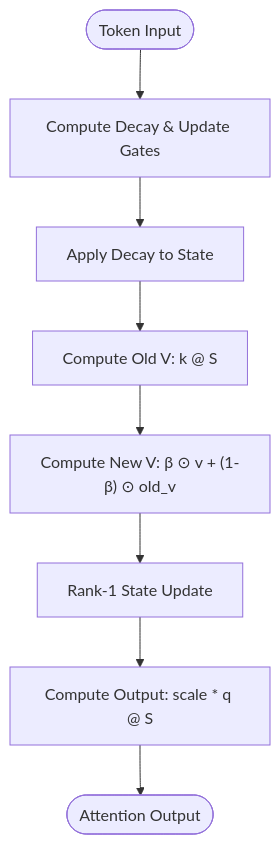
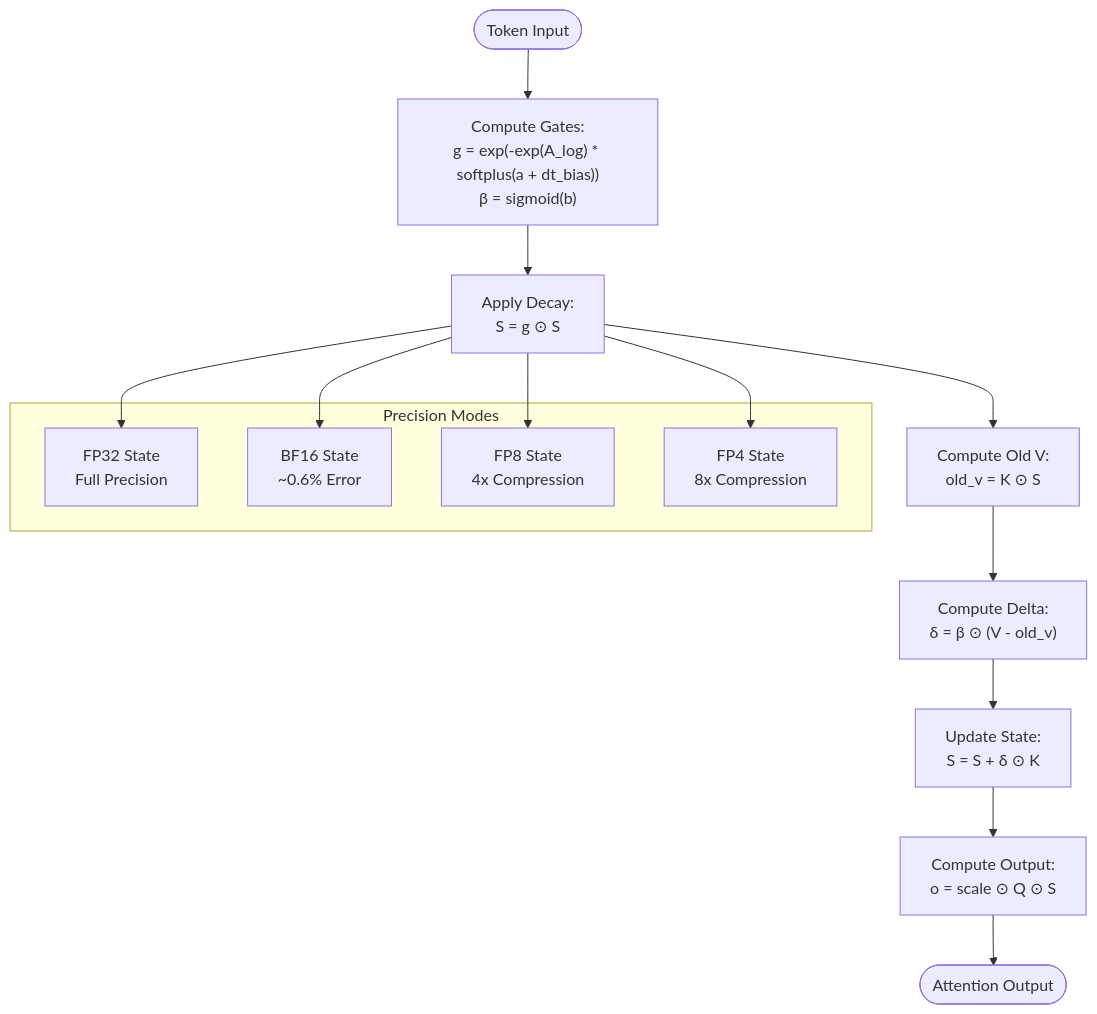
The sixth of 10 diagrams in .qoder/repowiki/en/content/Project Overview/Project Overview.md (gugudeshubao/flashinfer-bench-tma-thrust), drawn with Mermaid before and after one commit. The commit also changed other lines of this file and 23 other files, not shown here.

````diff
--- a/.qoder/repowiki/en/content/Project Overview/Project Overview.md
+++ b/.qoder/repowiki/en/content/Project Overview/Project Overview.md
@@ -192,10 +336,20 @@
 ```mermaid
 flowchart TD
-Start(["Token Input"]) --> Gates["Compute Decay & Update Gates"]
-Gates --> StateDecay["Apply Decay to State"]
-StateDecay --> OldV["Compute Old V: k @ S"]
-OldV --> NewV["Compute New V: β ⊙ v + (1-β) ⊙ old_v"]
-NewV --> StateUpdate["Rank-1 State Update"]
-StateUpdate --> Output["Compute Output: scale * q @ S"]
+Start(["Token Input"]) --> Gates["Compute Gates:<br/>g = exp(-exp(A_log) * softplus(a + dt_bias))<br/>β = sigmoid(b)"]
+Gates --> StateDecay["Apply Decay:<br/>S = g ⊙ S"]
+StateDecay --> OldV["Compute Old V:<br/>old_v = K ⊙ S"]
+OldV --> Delta["Compute Delta:<br/>δ = β ⊙ (V - old_v)"]
+Delta --> StateUpdate["Update State:<br/>S = S + δ ⊙ K"]
+StateUpdate --> Output["Compute Output:<br/>o = scale ⊙ Q ⊙ S"]
 Output --> End(["Attention Output"])
+subgraph "Precision Modes"
+FP32["FP32 State<br/>Full Precision"]
+BF16["BF16 State<br/>~0.6% Error"]
+FP8["FP8 State<br/>4x Compression"]
+FP4["FP4 State<br/>8x Compression"]
+end
+StateDecay --> FP32
+StateDecay --> BF16
+StateDecay --> FP8
+StateDecay --> FP4
 ```
````
